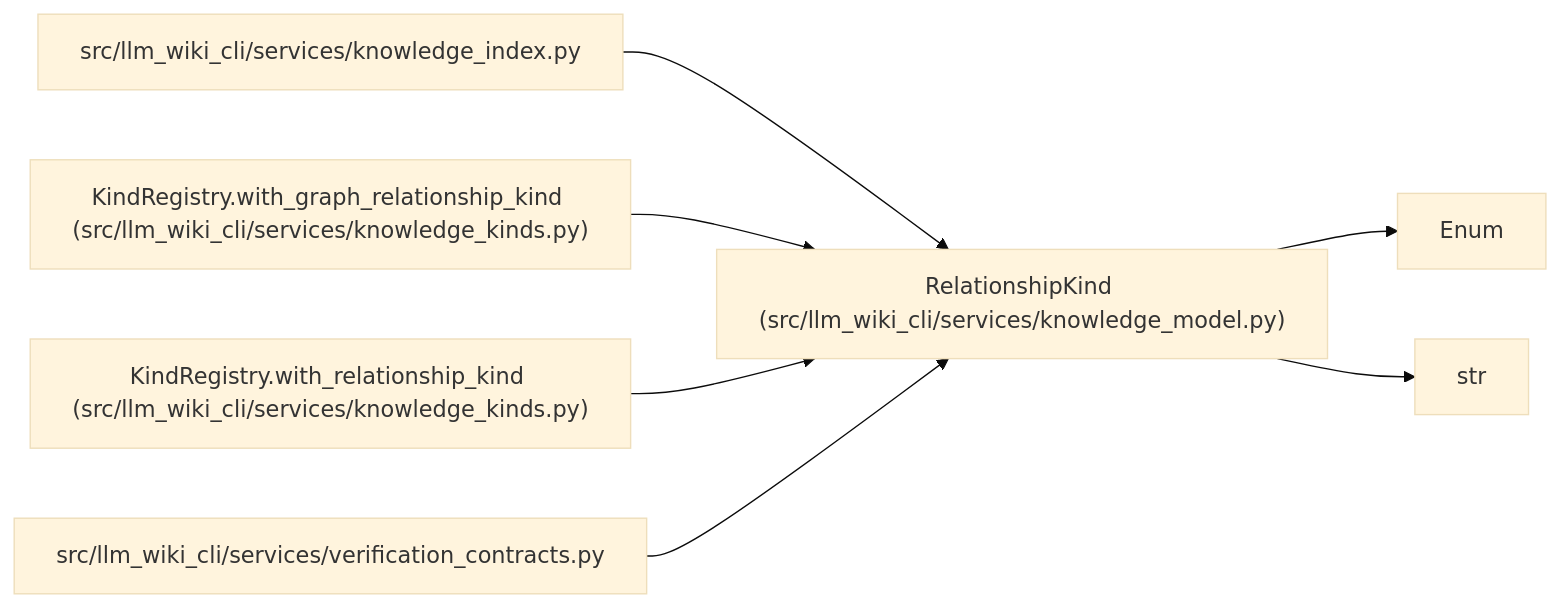
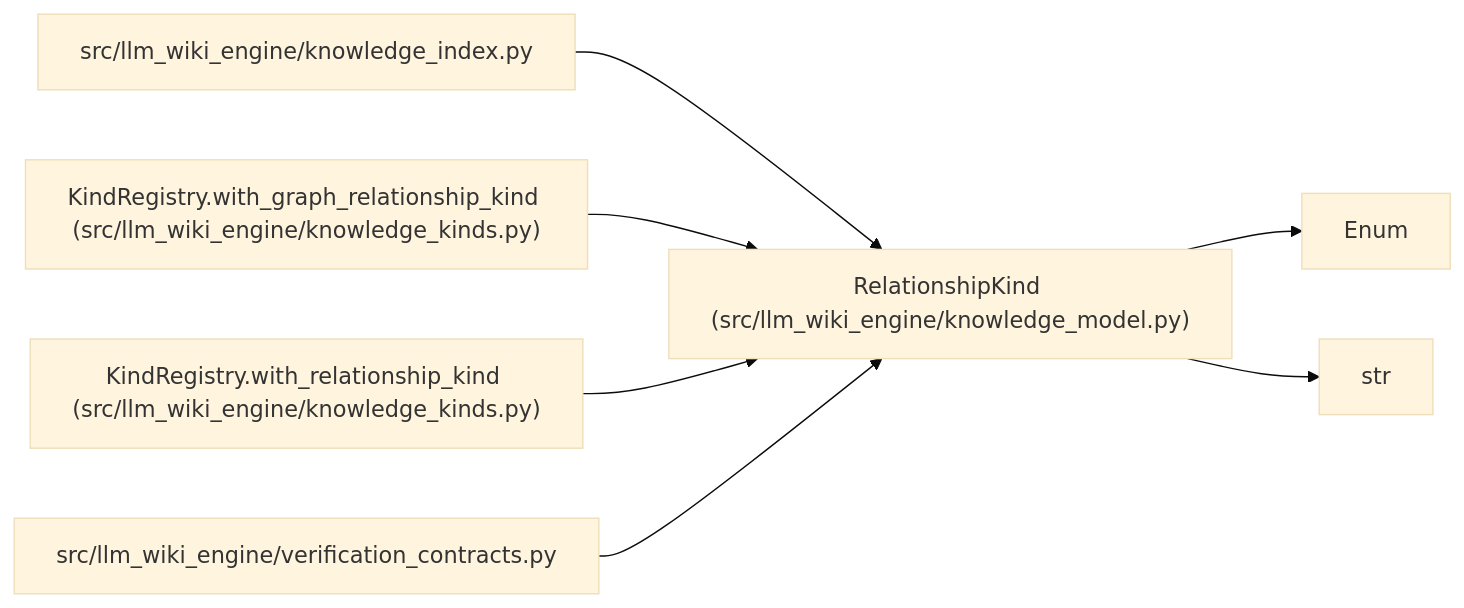
The diagram in docs/llm_wiki/entities/RelationshipKind.md (Denissvgn/python-wiki-llm), drawn with Mermaid (base theme) before and after one commit. The commit also changed other lines of this file and 1058 other files, not shown here.

First line of the commit message:
docs: refresh the wiki for the knowledge store move

````diff
--- a/docs/llm_wiki/entities/RelationshipKind.md
+++ b/docs/llm_wiki/entities/RelationshipKind.md
@@ -26,21 +26,21 @@
 ```mermaid
 flowchart LR
-    n0["RelationshipKind (src/llm_wiki_cli/services/knowledge_model.py)"]
+    n0["RelationshipKind (src/llm_wiki_engine/knowledge_model.py)"]
     n1["Enum"]
     n2["str"]
-    n3["src/llm_wiki_cli/services/knowledge_index.py"]
-    n4["KindRegistry.with_graph_relationship_kind (src/llm_wiki_cli/services/knowledge_kinds.py)"]
-    n5["KindRegistry.with_relationship_kind (src/llm_wiki_cli/services/knowledge_kinds.py)"]
-    n6["src/llm_wiki_cli/services/verification_contracts.py"]
+    n3["src/llm_wiki_engine/knowledge_index.py"]
+    n4["KindRegistry.with_graph_relationship_kind (src/llm_wiki_engine/knowledge_kinds.py)"]
+    n5["KindRegistry.with_relationship_kind (src/llm_wiki_engine/knowledge_kinds.py)"]
+    n6["src/llm_wiki_engine/verification_contracts.py"]
     n0 --> n1
     n0 --> n2
     n3 --> n0
     n4 --> n0
     n5 --> n0
     n6 --> n0
     click n0 "../modules/knowledge_model.md"
     click n3 "../modules/knowledge_index.md"
     click n4 "../modules/knowledge_kinds.md"
     click n5 "../modules/knowledge_kinds.md"
     click n6 "../modules/verification_contracts.md"
 ```
````
